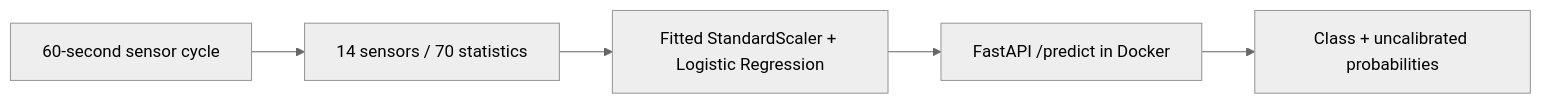
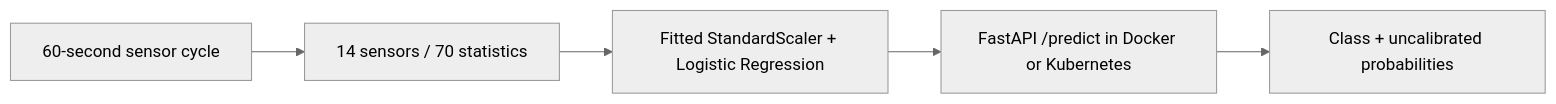
One commit to Stefancina9888/hydroguard changed the diagram in README.md. Above: the diagram before and after it, drawn with Mermaid (neutral theme). The commit also changed other lines of this file and 12 other files, not shown here.

````diff
--- a/README.md
+++ b/README.md
@@ -16,7 +16,7 @@
 ```mermaid
 flowchart LR
     A["60-second sensor cycle"] --> B["14 sensors / 70 statistics"]
     B --> C["Fitted StandardScaler + Logistic Regression"]
-    C --> D["FastAPI /predict in Docker"]
+    C --> D["FastAPI /predict in Docker or Kubernetes"]
     D --> E["Class + uncalibrated probabilities"]
 ```
````
